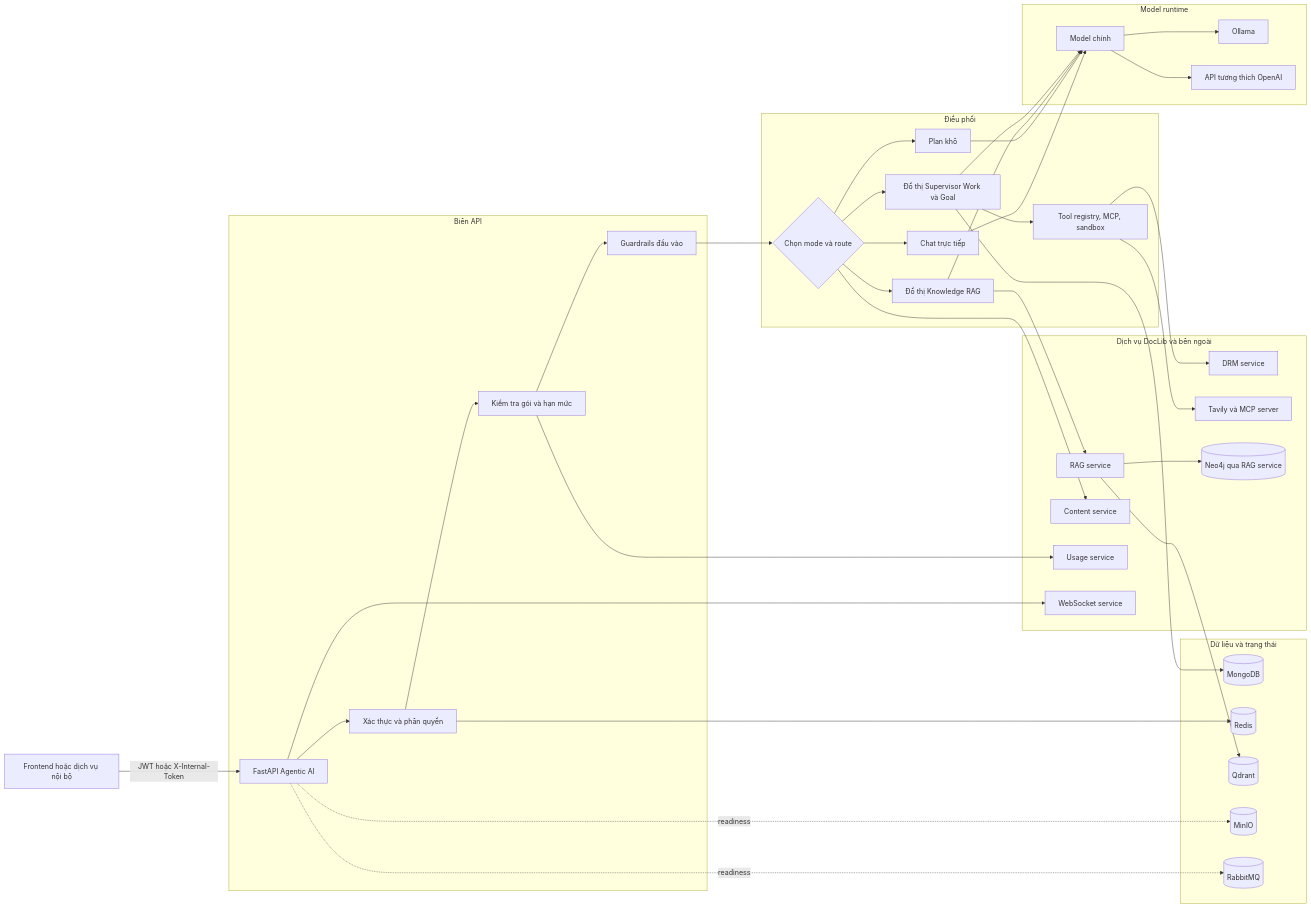
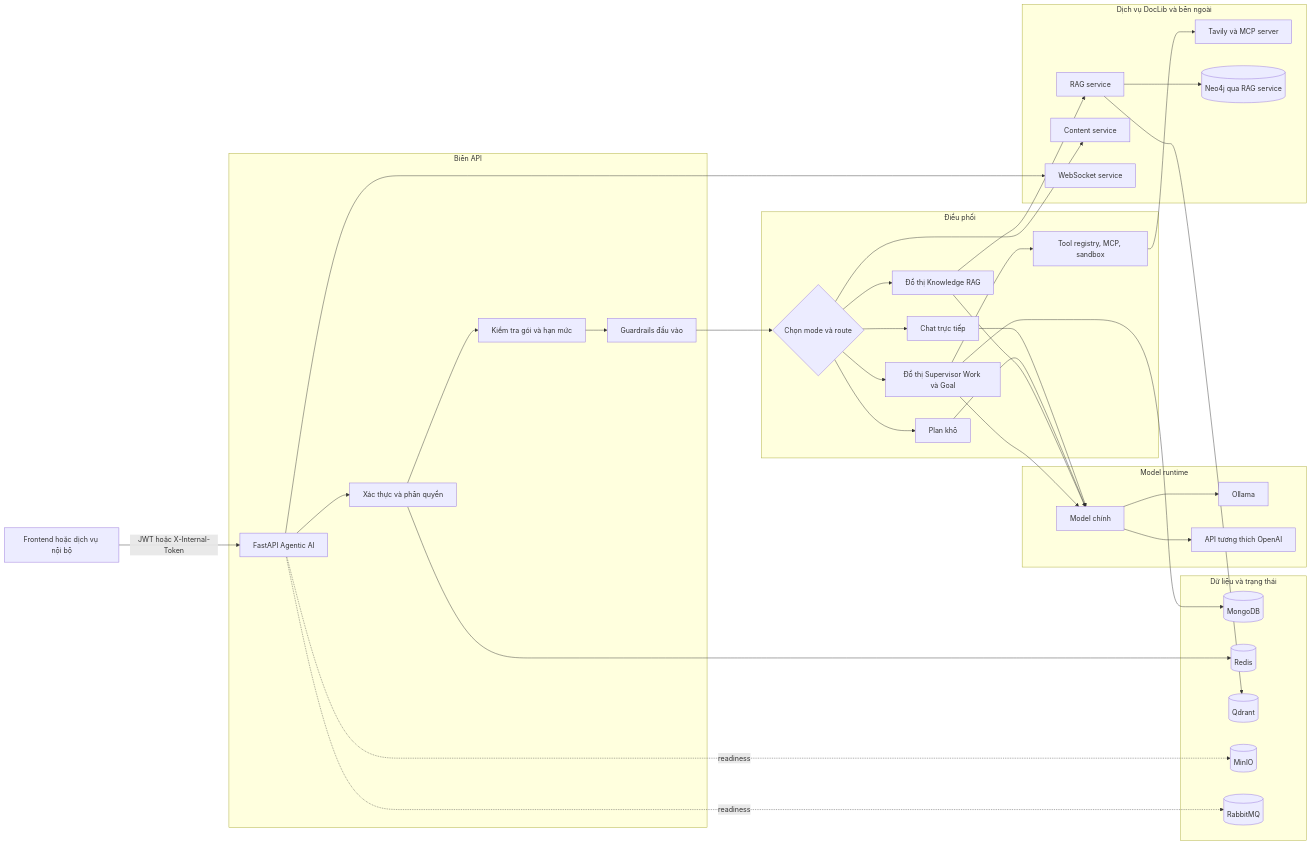
One commit to MinTruqday/dl changed the first of 10 diagrams in agentic_ai_workflow_and_architecture_guide_3.md. Above: the diagram before and after it, drawn with Mermaid. The commit also changed other lines of this file and 363 other files, not shown here.

````diff
--- a/agentic_ai_workflow_and_architecture_guide_3.md
+++ b/agentic_ai_workflow_and_architecture_guide_3.md
@@ -5,59 +5,55 @@
 ```mermaid
 flowchart LR
     Client[Frontend hoặc dịch vụ nội bộ] -->|JWT hoặc X-Internal-Token| API[FastAPI Agentic AI]
 
     subgraph Entry[Biên API]
         API --> Auth[Xác thực và phân quyền]
         Auth --> Quota[Kiểm tra gói và hạn mức]
         Quota --> GuardIn[Guardrails đầu vào]
     end
 
     subgraph Core[Điều phối]
         GuardIn --> Router{Chọn mode và route}
         Router --> Direct[Chat trực tiếp]
         Router --> Plan[Plan khô]
         Router --> Knowledge[Đồ thị Knowledge RAG]
         Router --> Supervisor[Đồ thị Supervisor Work và Goal]
         Supervisor --> Tools[Tool registry, MCP, sandbox]
     end
 
     subgraph Model[Model runtime]
         Direct --> LLM[Model chính]
         Plan --> LLM
         Knowledge --> LLM
         Supervisor --> LLM
         LLM --> Ollama[Ollama]
         LLM --> OpenAICompat[API tương thích OpenAI]
     end
 
     subgraph State[Dữ liệu và trạng thái]
         Mongo[(MongoDB)]
         Redis[(Redis)]
         Qdrant[(Qdrant)]
         MinIO[(MinIO)]
         MQ[(RabbitMQ)]
     end
 
     subgraph Services[Dịch vụ DocLib và bên ngoài]
         RagSvc[RAG service]
         Content[Content service]
-        Usage[Usage service]
-        DRM[DRM service]
         WS[WebSocket service]
         Web[Tavily và MCP server]
         Neo4j[(Neo4j qua RAG service)]
     end
 
     Supervisor --> Mongo
     Auth --> Redis
     Knowledge --> RagSvc
     RagSvc --> Qdrant
     RagSvc --> Neo4j
     API -. readiness .-> MinIO
     API -. readiness .-> MQ
-    Quota --> Usage
     Router --> Content
-    Tools --> DRM
     Tools --> Web
     API --> WS
 ```
````
